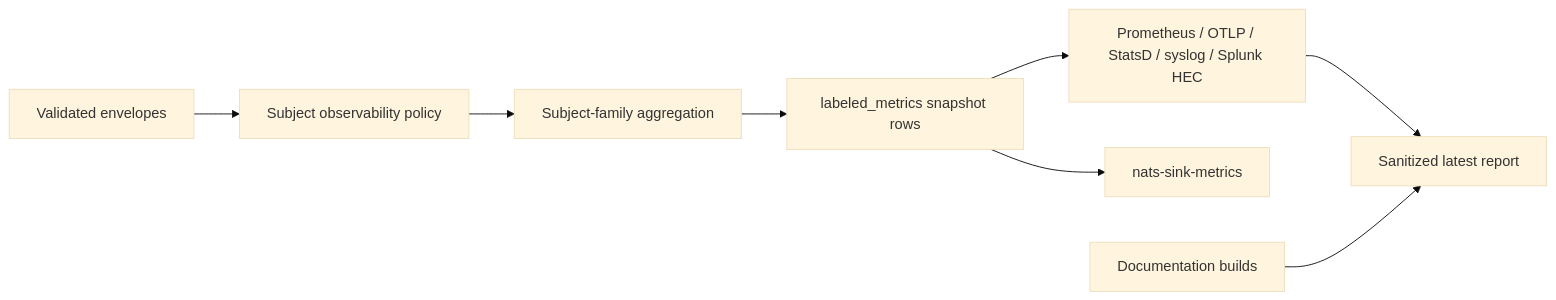
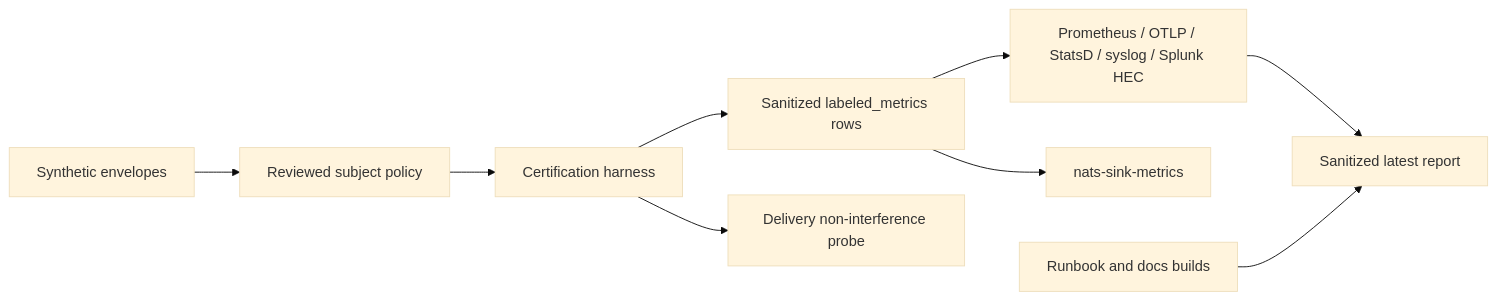
One commit to ProjectCuillin/nats-sinks changed the diagram in docs/test-report.md. Above: the diagram before and after it, drawn with Mermaid (base theme). The commit also changed other lines of this file and 21 other files, not shown here.

Commit message:
Add subject-aware observability certification

````diff
--- a/docs/test-report.md
+++ b/docs/test-report.md
@@ -32,10 +33,11 @@
 ```mermaid
 flowchart LR
-    Messages[Validated envelopes] --> Policy[Subject observability policy]
-    Policy --> Aggregator[Subject-family aggregation]
-    Aggregator --> Snapshot[labeled_metrics snapshot rows]
+    Messages[Synthetic envelopes] --> Policy[Reviewed subject policy]
+    Policy --> Certification[Certification harness]
+    Certification --> Snapshot[Sanitized labeled_metrics rows]
     Snapshot --> Exporters[Prometheus / OTLP / StatsD / syslog / Splunk HEC]
     Snapshot --> CLI[nats-sink-metrics]
+    Certification --> Delivery[Delivery non-interference probe]
     Exporters --> Report[Sanitized latest report]
-    Docs[Documentation builds] --> Report
+    Docs[Runbook and docs builds] --> Report
 ```
````
